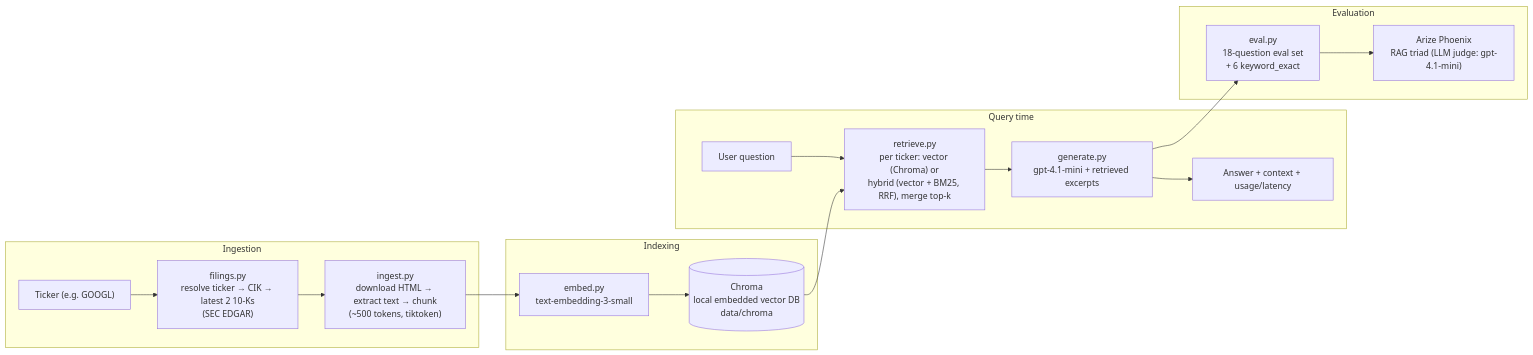
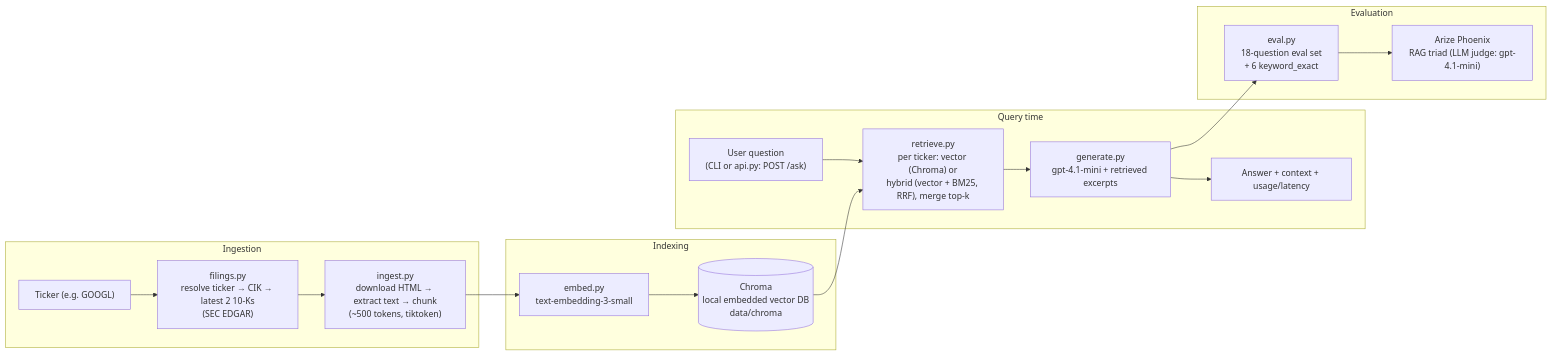
Before and after one commit to galaxyzhangdev/filings-rag-assistant: the diagram in README.md, drawn with Mermaid. The commit also changed other lines of this file and 9 other files, not shown here.

````diff
--- a/README.md
+++ b/README.md
@@ -14,24 +14,24 @@
 ```mermaid
 flowchart LR
     subgraph Ingestion
         A["Ticker (e.g. GOOGL)"] --> B["filings.py<br/>resolve ticker → CIK → latest 2 10-Ks<br/>(SEC EDGAR)"]
         B --> C["ingest.py<br/>download HTML → extract text → chunk<br/>(~500 tokens, tiktoken)"]
     end
 
     subgraph Indexing
         C --> D["embed.py<br/>text-embedding-3-small"]
         D --> E[("Chroma<br/>local embedded vector DB<br/>data/chroma")]
     end
 
     subgraph "Query time"
-        F["User question"] --> G["retrieve.py<br/>per ticker: vector (Chroma) or<br/>hybrid (vector + BM25, RRF), merge top-k"]
+        F["User question<br/>(CLI or api.py: POST /ask)"] --> G["retrieve.py<br/>per ticker: vector (Chroma) or<br/>hybrid (vector + BM25, RRF), merge top-k"]
         E --> G
         G --> H["generate.py<br/>gpt-4.1-mini + retrieved excerpts"]
         H --> I["Answer + context + usage/latency"]
     end
 
     subgraph Evaluation
         H --> J["eval.py<br/>18-question eval set<br/>+ 6 keyword_exact"]
         J --> K["Arize Phoenix<br/>RAG triad (LLM judge: gpt-4.1-mini)"]
     end
 ```
````
